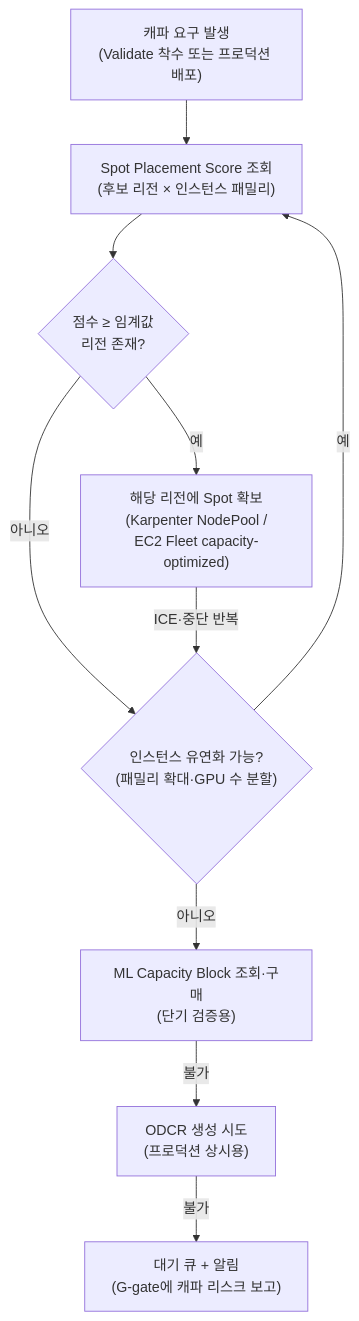
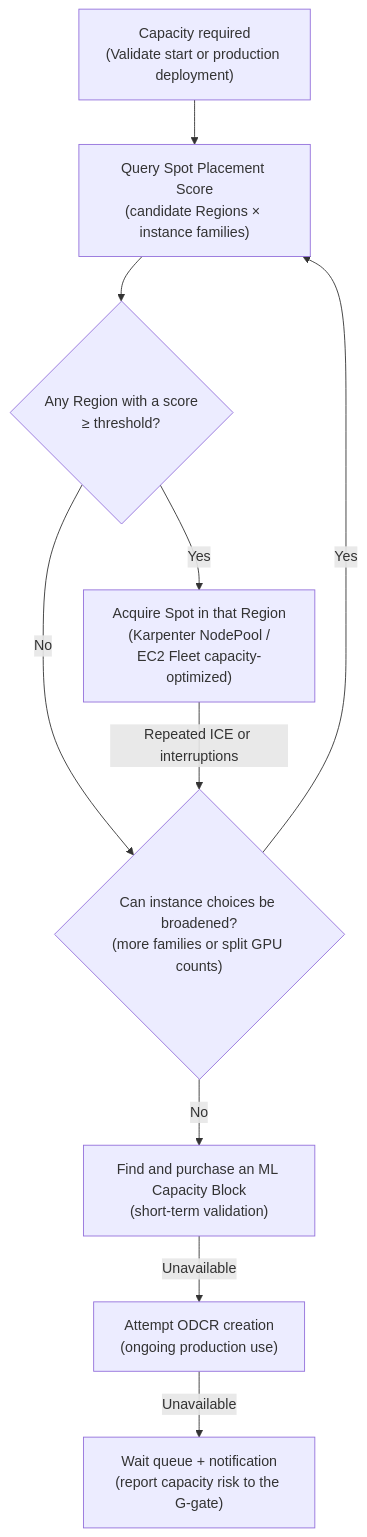
One commit to devfloor9/engineering-playbook changed the second of 2 diagrams in docs/agentic-ai-platform/reference-architecture/model-lifecycle/open-weight-model-pipeline.md. Above: the diagram before and after it, drawn with Mermaid. The commit also changed other lines of this file and 954 other files, not shown here.

````diff
--- a/docs/agentic-ai-platform/reference-architecture/model-lifecycle/open-weight-model-pipeline.md
+++ b/docs/agentic-ai-platform/reference-architecture/model-lifecycle/open-weight-model-pipeline.md
@@ -279,12 +279,12 @@
 ```mermaid
 flowchart TD
-    need["캐파 요구 발생<br/>(Validate 착수 또는 프로덕션 배포)"] --> sps["Spot Placement Score 조회<br/>(후보 리전 × 인스턴스 패밀리)"]
-    sps --> ok{"점수 ≥ 임계값<br/>리전 존재?"}
-    ok -->|예| spot["해당 리전에 Spot 확보<br/>(Karpenter NodePool /<br/>EC2 Fleet capacity-optimized)"]
-    ok -->|아니오| flex{"인스턴스 유연화 가능?<br/>(패밀리 확대·GPU 수 분할)"}
-    flex -->|예| sps
-    flex -->|아니오| cb["ML Capacity Block 조회·구매<br/>(단기 검증용)"]
-    cb -->|불가| odcr["ODCR 생성 시도<br/>(프로덕션 상시용)"]
-    spot -->|ICE·중단 반복| flex
-    odcr -->|불가| queue["대기 큐 + 알림<br/>(G-gate에 캐파 리스크 보고)"]
+    need["Capacity required<br/>(Validate start or production deployment)"] --> sps["Query Spot Placement Score<br/>(candidate Regions × instance families)"]
+    sps --> ok{"Any Region with a score<br/>≥ threshold?"}
+    ok -->|Yes| spot["Acquire Spot in that Region<br/>(Karpenter NodePool /<br/>EC2 Fleet capacity-optimized)"]
+    ok -->|No| flex{"Can instance choices be broadened?<br/>(more families or split GPU counts)"}
+    flex -->|Yes| sps
+    flex -->|No| cb["Find and purchase an ML Capacity Block<br/>(short-term validation)"]
+    cb -->|Unavailable| odcr["Attempt ODCR creation<br/>(ongoing production use)"]
+    spot -->|Repeated ICE or interruptions| flex
+    odcr -->|Unavailable| queue["Wait queue + notification<br/>(report capacity risk to the G-gate)"]
 ```
````
